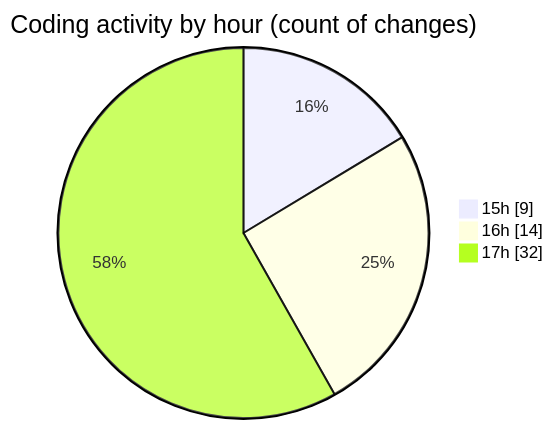
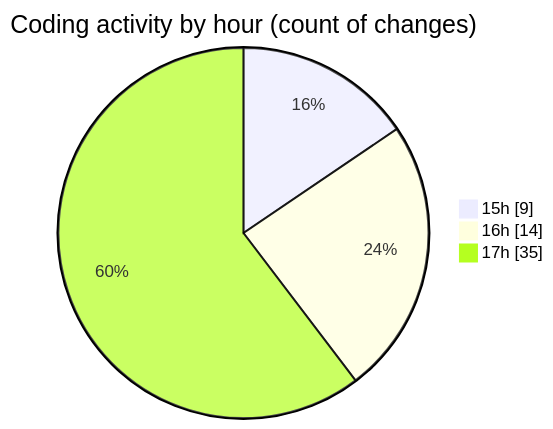
The second of 2 diagrams in 2026-06-30/wp-content/README.md (debugP/code-tracking), drawn with Mermaid before and after one commit. The commit also changed other lines of this file and 1 other file, not shown here.

````diff
--- a/2026-06-30/wp-content/README.md
+++ b/2026-06-30/wp-content/README.md
@@ -49,7 +49,7 @@
 ```mermaid
 pie showData
 title Coding activity by hour (count of changes)
 "15h" : 9
 "16h" : 14
-"17h" : 32
+"17h" : 35
 ```
````
